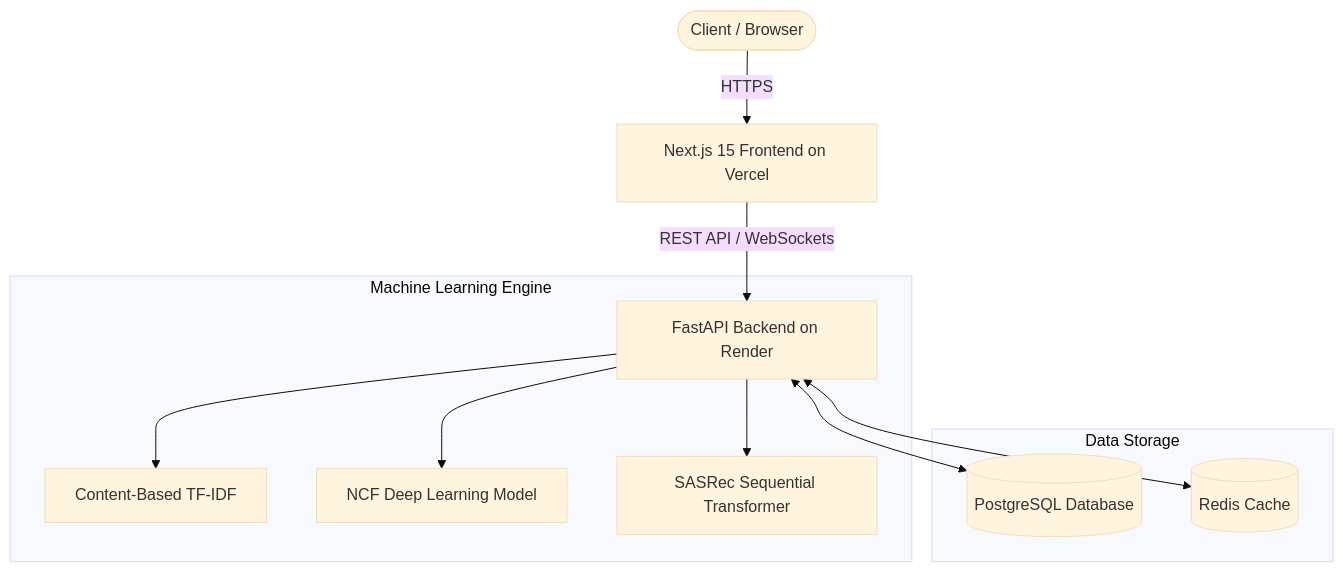
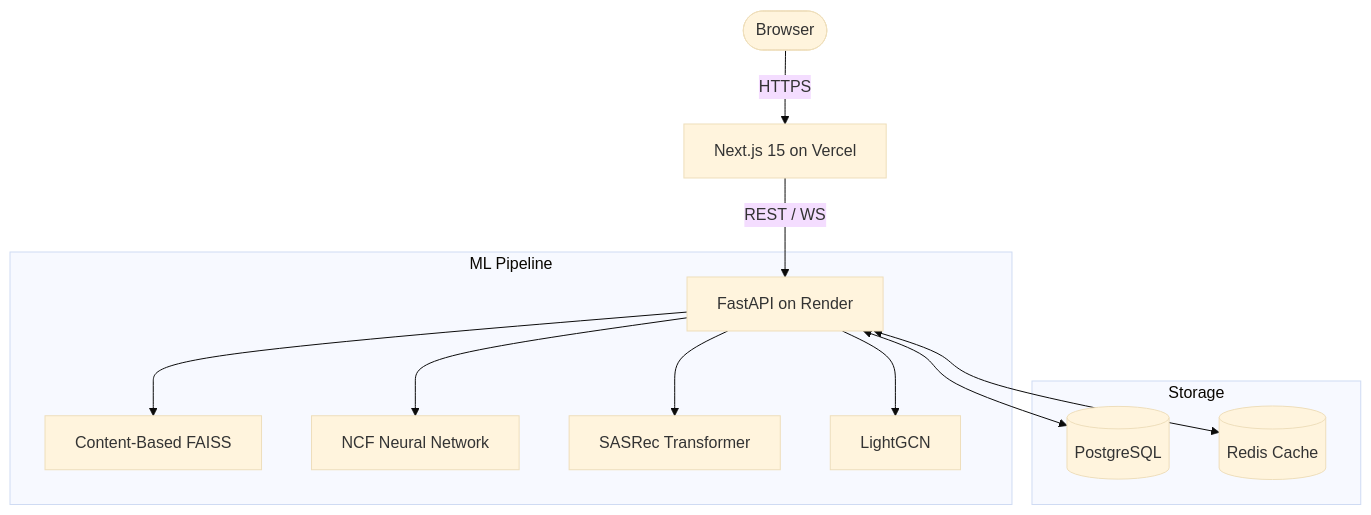
The diagram in README.md (yash23082007/NeuralFlix), drawn with Mermaid (base theme) before and after one commit. The commit also changed other lines of this file and 6 other files, not shown here.

````diff
--- a/README.md
+++ b/README.md
@@ -49,16 +53,17 @@
 ```mermaid
 graph TD
-    User([Client / Browser]) -->|HTTPS| Vercel[Next.js 15 Frontend on Vercel]
-    Vercel -->|REST API / WebSockets| Render[FastAPI Backend on Render]
+    User([Browser]) -->|HTTPS| Vercel[Next.js 15 on Vercel]
+    Vercel -->|REST / WS| Render[FastAPI on Render]
     
-    subgraph "Machine Learning Engine"
-        Render --> CBF[Content-Based TF-IDF]
-        Render --> NCF[NCF Deep Learning Model]
-        Render --> SAS[SASRec Sequential Transformer]
+    subgraph "ML Pipeline"
+        Render --> CBF[Content-Based FAISS]
+        Render --> NCF[NCF Neural Network]
+        Render --> SAS[SASRec Transformer]
+        Render --> GNN[LightGCN]
     end
 
-    subgraph "Data Storage"
-        Render <--> PG[(PostgreSQL Database)]
+    subgraph "Storage"
+        Render <--> PG[(PostgreSQL)]
         Render <--> Redis[(Redis Cache)]
     end
 ```
````
